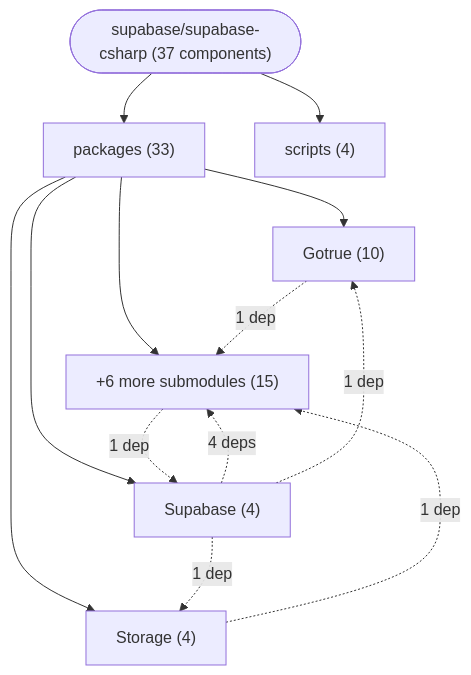
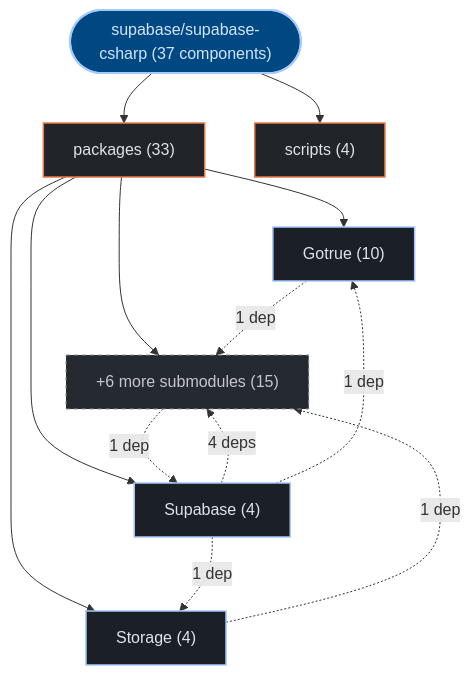
The first of 3 diagrams in exports/latest/reports/supabase-supabase-csharp-report.md (kumarshaz/atruss-code-atlas), drawn with Mermaid before and after one commit. The commit also changed other lines of this file and 331 other files, not shown here.

Commit message:
docs,ui,fix: update SDLC docs, reorder CI/CD DAG first, stylize Mermaid, and fix Arc42 pipeline topology

````diff
--- a/exports/latest/reports/supabase-supabase-csharp-report.md
+++ b/exports/latest/reports/supabase-supabase-csharp-report.md
@@ -41,22 +41,29 @@
 ```mermaid
 graph TD;
-    repo_root(["supabase/supabase-csharp (37 components)"])
-    dir_0_packages["packages (33)"]
+  classDef atlasRoot fill:#004882,stroke:#a3c9ff,stroke-width:2px,color:#d3e4ff
+  classDef atlasCategory fill:#212428,stroke:#E87A48,stroke-width:1.5px,color:#dfe3eb
+  classDef atlasWorkflow fill:#1b2026,stroke:#a3c9ff,stroke-width:1.5px,color:#dfe3eb
+  classDef atlasJob fill:#171c22,stroke:#8d9199,stroke-width:1px,color:#dfe3eb
+  classDef atlasTarget fill:#005227,stroke:#8bd99b,stroke-width:1.5px,color:#a7f6b6
+  classDef atlasAlert fill:#93000a,stroke:#ffb4ab,stroke-width:1.5px,color:#ffdad6
+  classDef atlasMore fill:#252a31,stroke:#8d9199,stroke-dasharray:4 4,color:#c3c6cf
+    repo_root(["supabase/supabase-csharp (37 components)"]):::atlasRoot
+    dir_0_packages["packages (33)"]:::atlasCategory
     repo_root --> dir_0_packages
-    sub_0_0_Gotrue["Gotrue (10)"]
+    sub_0_0_Gotrue["Gotrue (10)"]:::atlasWorkflow
     dir_0_packages --> sub_0_0_Gotrue
-    sub_0_1_Storage["Storage (4)"]
+    sub_0_1_Storage["Storage (4)"]:::atlasWorkflow
     dir_0_packages --> sub_0_1_Storage
-    sub_0_2_Supabase["Supabase (4)"]
+    sub_0_2_Supabase["Supabase (4)"]:::atlasWorkflow
     dir_0_packages --> sub_0_2_Supabase
-    sub_0_more["+6 more submodules (15)"]
+    sub_0_more["+6 more submodules (15)"]:::atlasMore
     dir_0_packages --> sub_0_more
-    dir_1_scripts["scripts (4)"]
+    dir_1_scripts["scripts (4)"]:::atlasCategory
     repo_root --> dir_1_scripts
     sub_0_2_Supabase -.->|"4 deps"| sub_0_more
     sub_0_0_Gotrue -.->|"1 dep"| sub_0_more
     sub_0_1_Storage -.->|"1 dep"| sub_0_more
     sub_0_2_Supabase -.->|"1 dep"| sub_0_0_Gotrue
     sub_0_2_Supabase -.->|"1 dep"| sub_0_1_Storage
     sub_0_more -.->|"1 dep"| sub_0_2_Supabase
 ```
````
